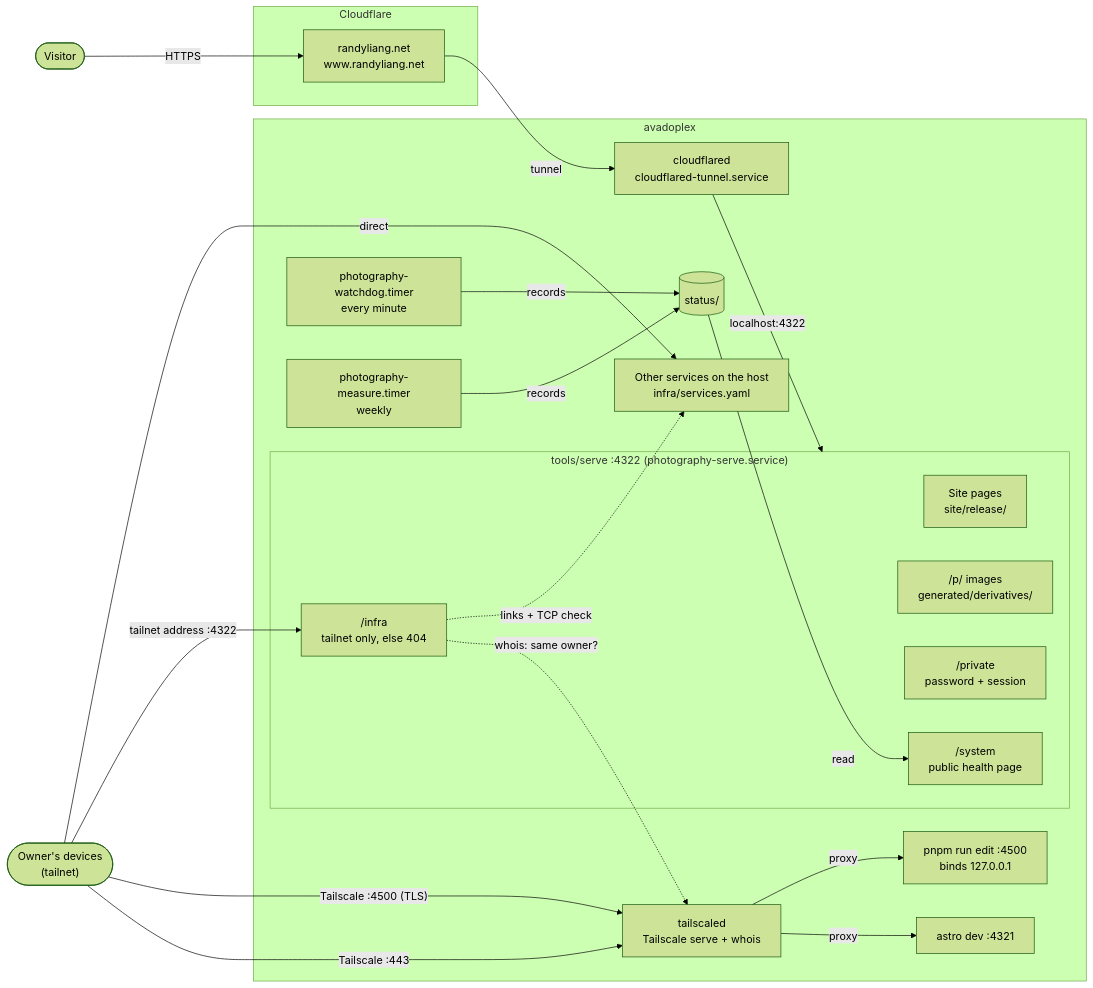
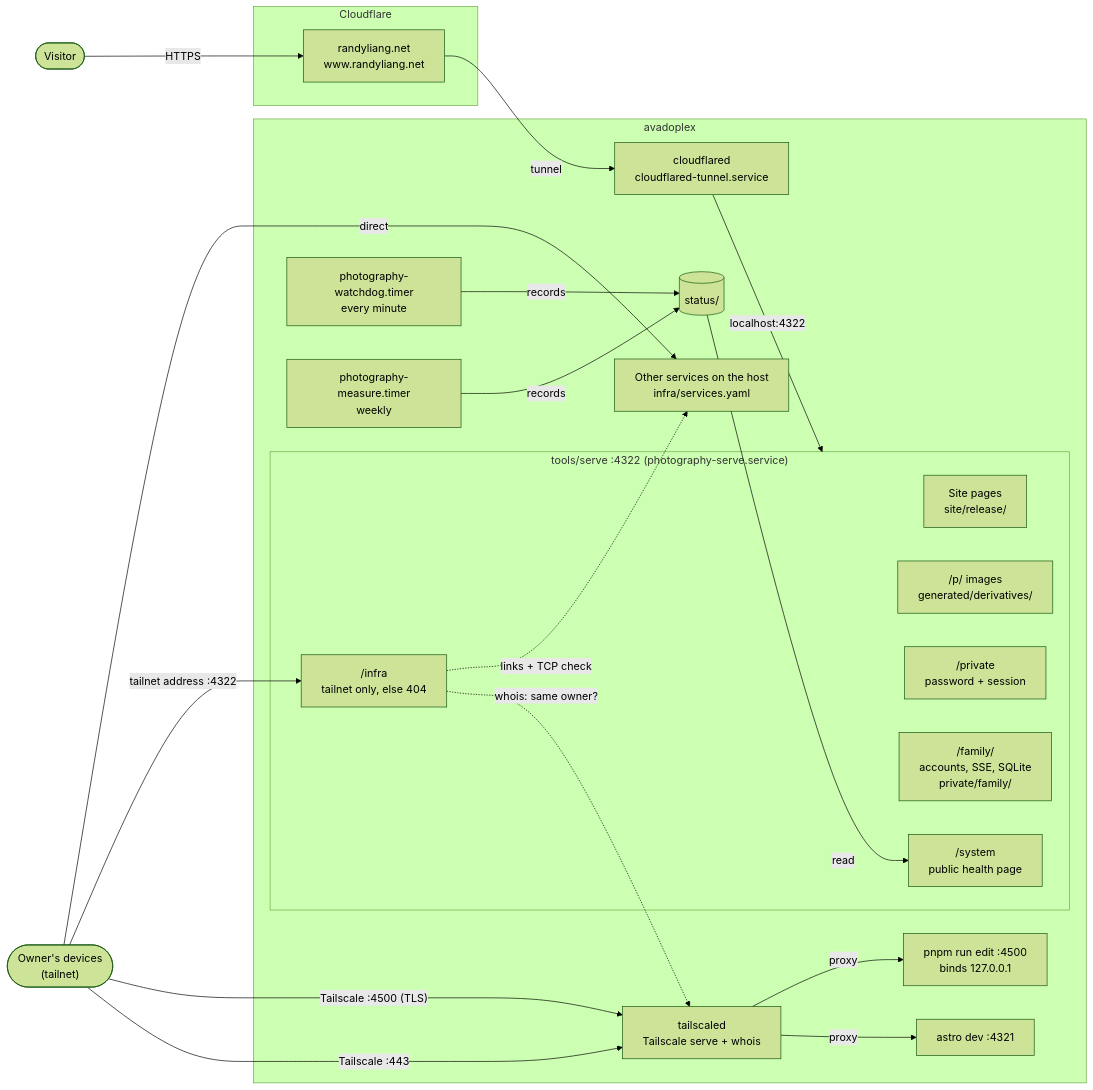
One commit to randy8/randysphere changed the first of 2 diagrams in docs/architecture.md. Above: the diagram before and after it, drawn with Mermaid (forest theme). The commit also changed other lines of this file and 25 other files, not shown here.

Commit message:
Family: a private chat at /family/ — accounts, live messages and photos, iMessage-like, in tools/serve

````diff
--- a/docs/architecture.md
+++ b/docs/architecture.md
@@ -15,42 +15,43 @@
 ```mermaid
 flowchart LR
   visitor(["Visitor"])
   owner(["Owner's devices<br/>(tailnet)"])
 
   subgraph cf["Cloudflare"]
     edge["randyliang.net<br/>www.randyliang.net"]
   end
 
   subgraph host["avadoplex"]
     tunnel["cloudflared<br/>cloudflared-tunnel.service"]
     tsd["tailscaled<br/>Tailscale serve + whois"]
 
     subgraph serve["tools/serve :4322 (photography-serve.service)"]
       pages["Site pages<br/>site/release/"]
       photos["/p/ images<br/>generated/derivatives/"]
       private["/private<br/>password + session"]
+      family["/family/<br/>accounts, SSE, SQLite<br/>private/family/"]
       system["/system<br/>public health page"]
       infra["/infra<br/>tailnet only, else 404"]
     end
 
     dev["astro dev :4321"]
     editor["pnpm run edit :4500<br/>binds 127.0.0.1"]
     others["Other services on the host<br/>infra/services.yaml"]
 
     watchdog["photography-watchdog.timer<br/>every minute"]
     measure["photography-measure.timer<br/>weekly"]
     status[("status/")]
   end
 
   visitor -->|HTTPS| edge -->|tunnel| tunnel -->|"localhost:4322"| serve
   owner -->|"Tailscale :443"| tsd -->|proxy| dev
   owner -->|"Tailscale :4500 (TLS)"| tsd -->|proxy| editor
   owner -->|"tailnet address :4322"| infra
   infra -.->|"whois: same owner?"| tsd
   infra -.->|links + TCP check| others
   owner -->|direct| others
 
   watchdog -->|records| status
   measure -->|records| status
   status -->|read| system
 ```
````
